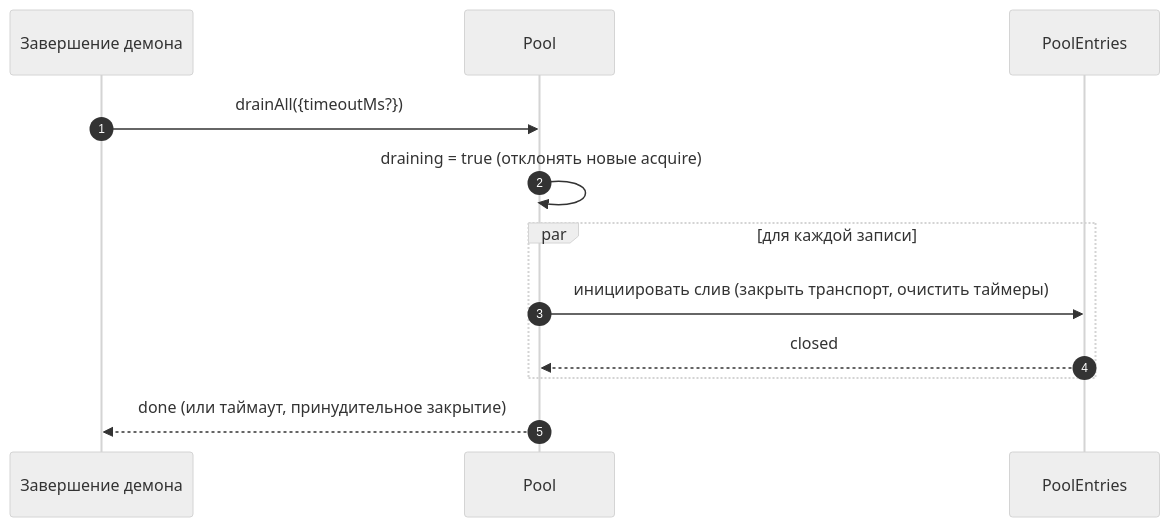
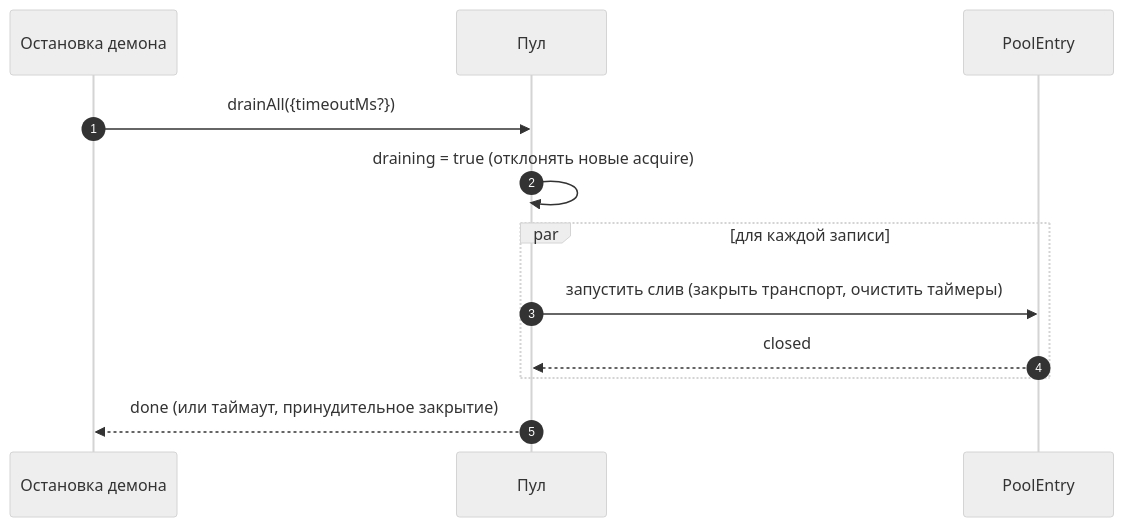
The fourth of 4 diagrams in website/content/ru/developers/daemon/05-mcp-transport-pool.md (QwenLM/qwen-code-docs), drawn with Mermaid (neutral theme) before and after one commit. The commit also changed other lines of this file and 1077 other files, not shown here.

````diff
--- a/website/content/ru/developers/daemon/05-mcp-transport-pool.md
+++ b/website/content/ru/developers/daemon/05-mcp-transport-pool.md
@@ -205,15 +206,15 @@
 ```mermaid
 sequenceDiagram
     autonumber
-    participant D as Завершение демона
-    participant P as Pool
-    participant E as PoolEntries
+    participant D as Остановка демона
+    participant P as Пул
+    participant E as PoolEntry
 
     D->>P: drainAll({timeoutMs?})
     P->>P: draining = true (отклонять новые acquire)
     par для каждой записи
-        P->>E: инициировать слив (закрыть транспорт, очистить таймеры)
+        P->>E: запустить слив (закрыть транспорт, очистить таймеры)
         E-->>P: closed
     end
     P-->>D: done (или таймаут, принудительное закрытие)
 ```
````
